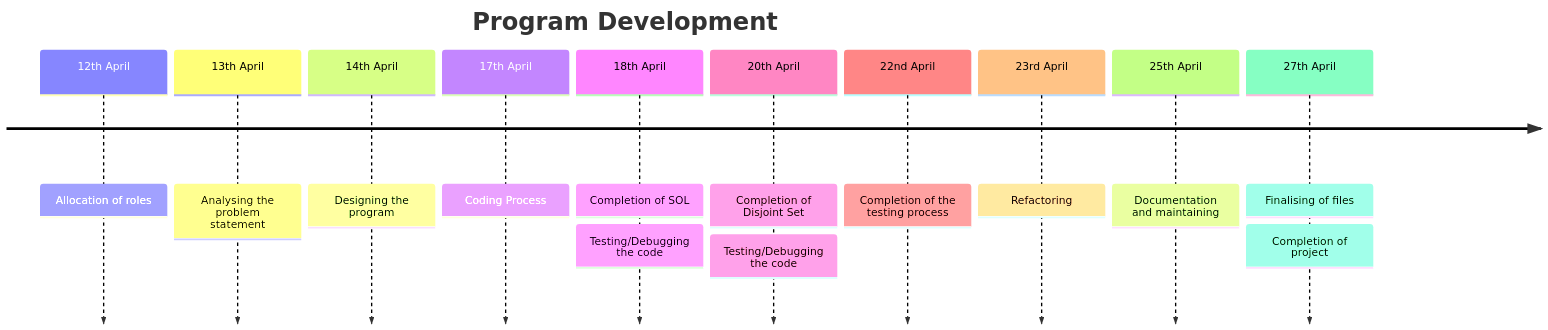
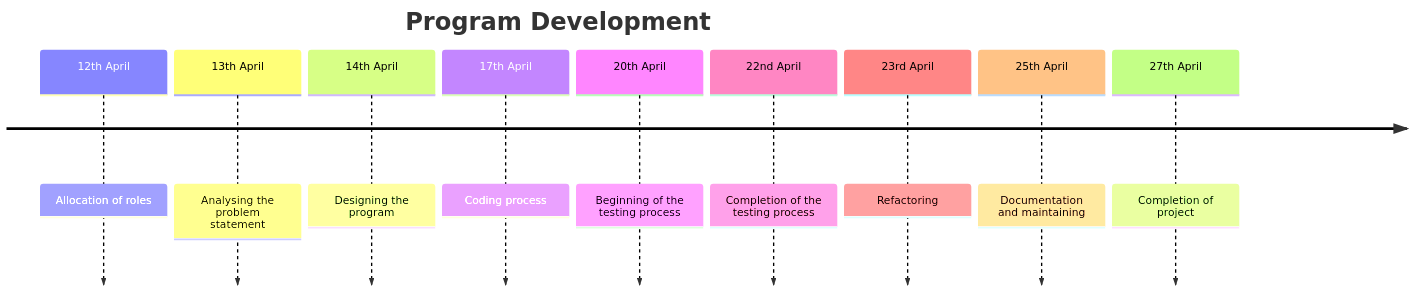
One commit to PavithraRajindra/DS-CIA-2 changed the diagram in README.md. Above: the diagram before and after it, drawn with Mermaid.

````diff
--- a/README.md
+++ b/README.md
@@ -18,18 +18,13 @@
 ```mermaid
 timeline
     title Program Development
     12th April : Allocation of roles
     13th April : Analysing the problem statement
     14th April : Designing the program
-    17th April : Coding Process
-    18th April : Completion of SOL
-               : Testing/Debugging the code
-    20th April : Completion of Disjoint Set
-               : Testing/Debugging the code
+    17th April : Coding process
+    20th April : Beginning of the testing process
     22nd April : Completion of the testing process
     23rd April : Refactoring
     25th April : Documentation and maintaining
-    27th April : Finalising of files
-               : Completion of project
-
+    27th April : Completion of project
 ```
````
